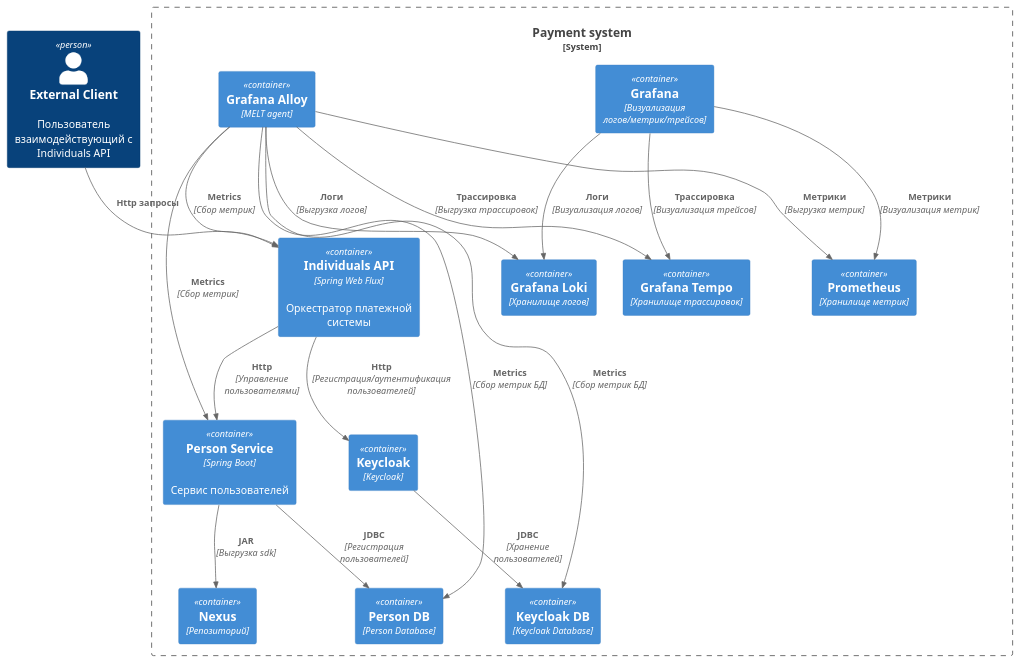
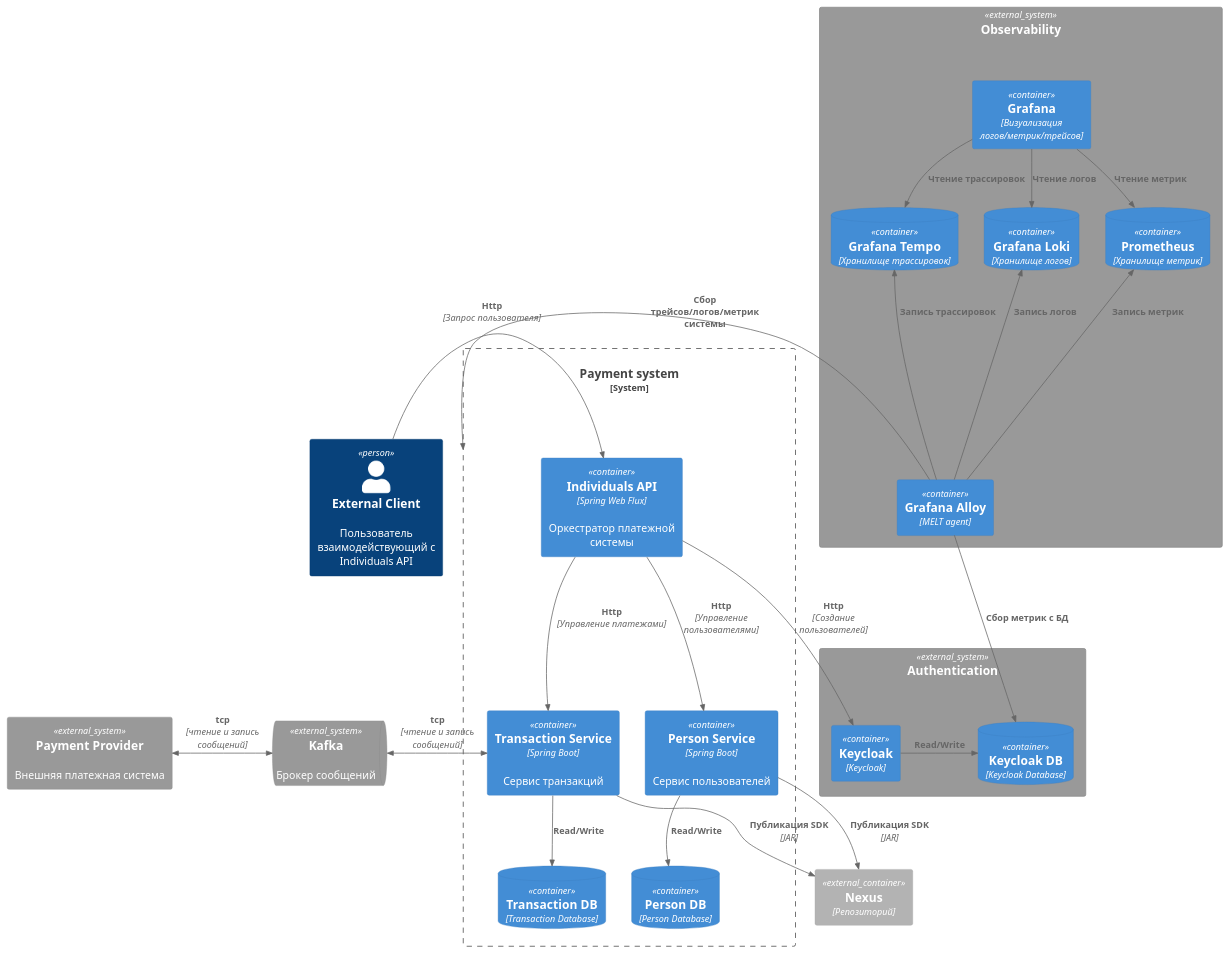
One commit to diamam90/payment-system changed the diagram in diagram/container.puml. Above: the diagram before and after it, drawn with PlantUML. The commit also changed 14 other files, not shown here.

Commit message:
добавлены диаграммы для модуля 3

```diff
--- a/diagram/container.puml
+++ b/diagram/container.puml
@@ -1,41 +1,64 @@
 @startuml
 !includeurl https://raw.githubusercontent.com/plantuml-stdlib/C4-PlantUML/master/C4_Container.puml
 
 Person(client, "External Client","Пользователь взаимодействующий с Individuals API")
 
-System_Boundary(paymentSystem, "Payment system") {
+System_Boundary(payment, "Payment system") {
 
     Container(indApi, "Individuals API", "Spring Web Flux","Оркестратор платежной системы")
-    Container(personService, "Person Service", "Spring Boot", "Сервис пользователей")
+
+    Container(ps, "Person Service", "Spring Boot", "Сервис пользователей")
+    ContainerDb(psDb, "Person DB", "Person Database")
+
+    Container(ts, "Transaction Service", "Spring Boot", "Сервис транзакций")
+    ContainerDb(tsDb, "Transaction DB", "Transaction Database")
+}
+
+System_Ext(auth, "Authentication"){
     Container(kc, "Keycloak", "Keycloak")
-    Container(kcDb, "Keycloak DB", "Keycloak Database")
-    Container(personDb, "Person DB", "Person Database")
-    Container(prometheus, "Prometheus", "Хранилище метрик")
-    Container(loki, "Grafana Loki", "Хранилище логов")
-    Container(tempo, "Grafana Tempo","Хранилище трассировок")
+    ContainerDb(kcDb, "Keycloak DB", "Keycloak Database")
+}
+
+System_Ext(obs, "Observability") {
     Container(alloy, "Grafana Alloy", "MELT agent")
     Container(grafana,  "Grafana", "Визуализация логов/метрик/трейсов")
-    Container(nexus,"Nexus","Репозиторий")
+    ContainerDb(prometheus, "Prometheus", "Хранилище метрик")
+    ContainerDb(loki, "Grafana Loki", "Хранилище логов")
+    ContainerDb(tempo, "Grafana Tempo","Хранилище трассировок")
 }
 
-Rel(client, indApi, "Http запросы")
-Rel(indApi,personService, "Http", "Управление пользователями")
-Rel(indApi, kc, "Http", "Регистрация/аутентификация пользователей")
-Rel(kc, kcDb,"JDBC","Хранение пользователей")
-Rel(personService, personDb,"JDBC", "Регистрация пользователей")
-Rel(personService, nexus, "JAR", "Выгрузка sdk")
+System_Ext(paymentProvider, "Payment Provider", "Внешняя платежная система")
 
-Rel(alloy, indApi, "Metrics", "Сбор метрик")
-Rel(alloy, personService, "Metrics", "Сбор метрик")
-Rel(alloy, personDb, "Metrics","Сбор метрик БД")
-Rel(alloy, kcDb, "Metrics", "Сбор метрик БД")
+Container_Ext(nexus,"Nexus","Репозиторий")
 
-Rel(alloy, loki,"Логи","Выгрузка логов")
-Rel(alloy, tempo,"Трассировка","Выгрузка трассировок")
-Rel(alloy, prometheus,"Метрики","Выгрузка метрик")
+SystemQueue_Ext(kafka, "Kafka", "Брокер сообщений")
 
-Rel(grafana, loki, "Логи", "Визуализация логов")
-Rel(grafana, tempo, "Трассировка", "Визуализация трейсов")
-Rel(grafana, prometheus, "Метрики", "Визуализация метрик")
+Rel_R(client, indApi,"Http","Запрос пользователя")
+
+Rel_D(indApi, ps,"Http", "Управление пользователями")
+Rel_D(ps,psDb, "Read/Write")
+
+Rel_D(indApi,ts,"Http","Управление платежами")
+Rel_D(ts,tsDb, "Read/Write")
+
+Rel(indApi, kc, "Http","Создание пользователей")
+Rel_R(kc,kcDb,"Read/Write")
+
+BiRel_L(ts,kafka,"tcp","чтение и запись сообщений")
+BiRel_L(kafka,paymentProvider,"tcp", "чтение и запись сообщений")
+
+Rel_D(grafana, prometheus,"Чтение метрик")
+Rel_D(grafana, loki,"Чтение логов")
+Rel_D(grafana, tempo,"Чтение трассировок")
+
+Rel_U(alloy, prometheus, "Запись метрик")
+Rel_U(alloy, loki, "Запись логов")
+Rel_U(alloy, tempo, "Запись трассировок")
+
+Rel_L(alloy, payment,"Сбор трейсов/логов/метрик системы")
+Rel(alloy, kcDb, "Сбор метрик с БД")
+
+Rel(ps, nexus, "Публикация SDK","JAR")
+Rel(ts, nexus, "Публикация SDK","JAR")
 
 @enduml
```
